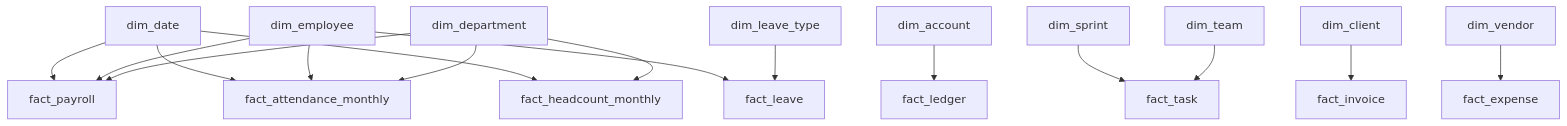
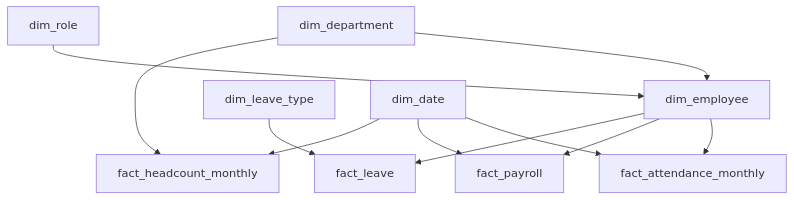
The diagram in docs/er-diagram.md (Aiswarya3006/PulseIQ), drawn with Mermaid before and after one commit. The commit also changed other lines of this file and 80 other files, not shown here.

````diff
--- a/docs/er-diagram.md
+++ b/docs/er-diagram.md
@@ -52,23 +34,16 @@
 ```mermaid
 flowchart TD
-    DATE["dim_date"] --> PAY["fact_payroll"]
-    DATE --> ATT["fact_attendance_monthly"]
-    DATE --> HC["fact_headcount_monthly"]
+    DEPT["dim_department"] --> EMP["dim_employee"]
+    ROLE["dim_role"] --> EMP
 
-    EMP["dim_employee"] --> PAY
-    EMP --> ATT
+    EMP --> ATT["fact_attendance_monthly"]
+    EMP --> PAY["fact_payroll"]
     EMP --> LEAVE["fact_leave"]
 
-    DEPT["dim_department"] --> PAY
-    DEPT --> ATT
-    DEPT --> HC
+    LT["dim_leave_type"] --> LEAVE
+    DEPT --> HC["fact_headcount_monthly"]
 
-    LT["dim_leave_type"] --> LEAVE
-
-    ACCT["dim_account"] --> LEDGER["fact_ledger"]
-    SPRINT["dim_sprint"] --> TASK["fact_task"]
-    TEAM["dim_team"] --> TASK
-
-    CLIENT["dim_client"] --> INV["fact_invoice"]
-    VENDOR["dim_vendor"] --> EXP["fact_expense"]
+    DATE["dim_date"] --> ATT
+    DATE --> PAY
+    DATE --> HC
 ```
````
